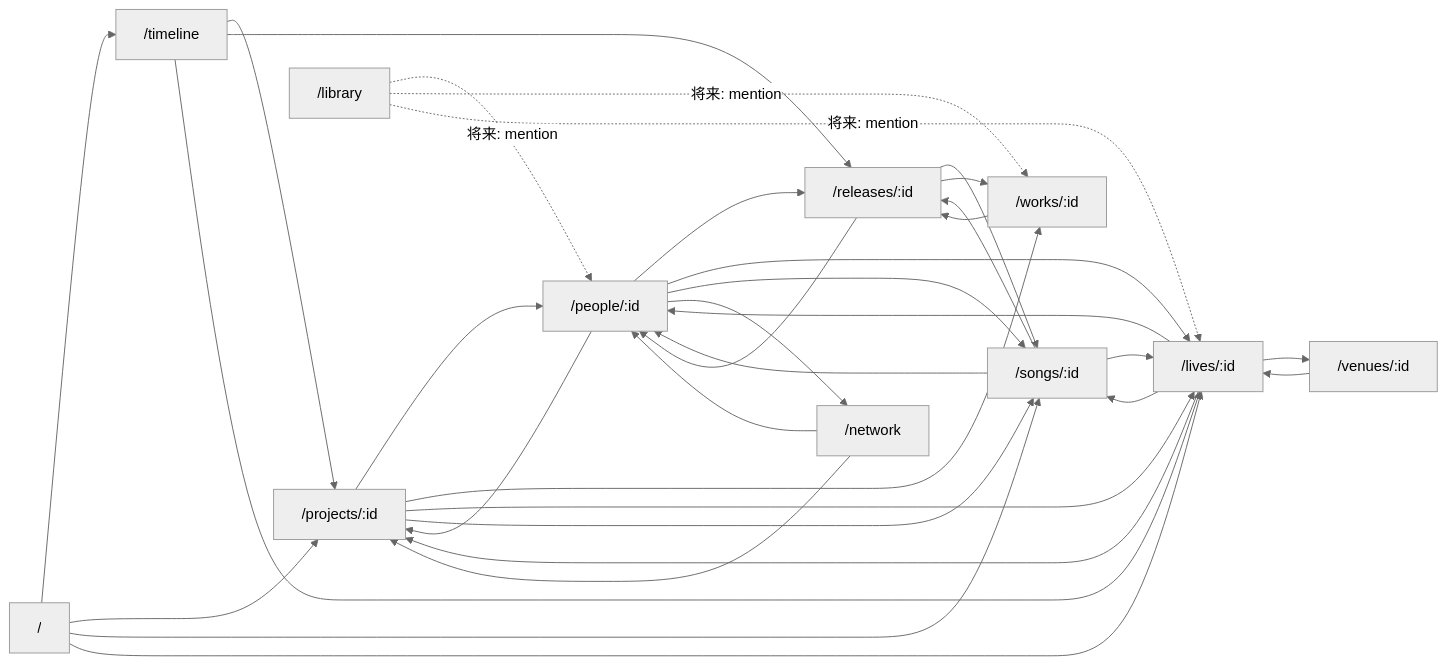
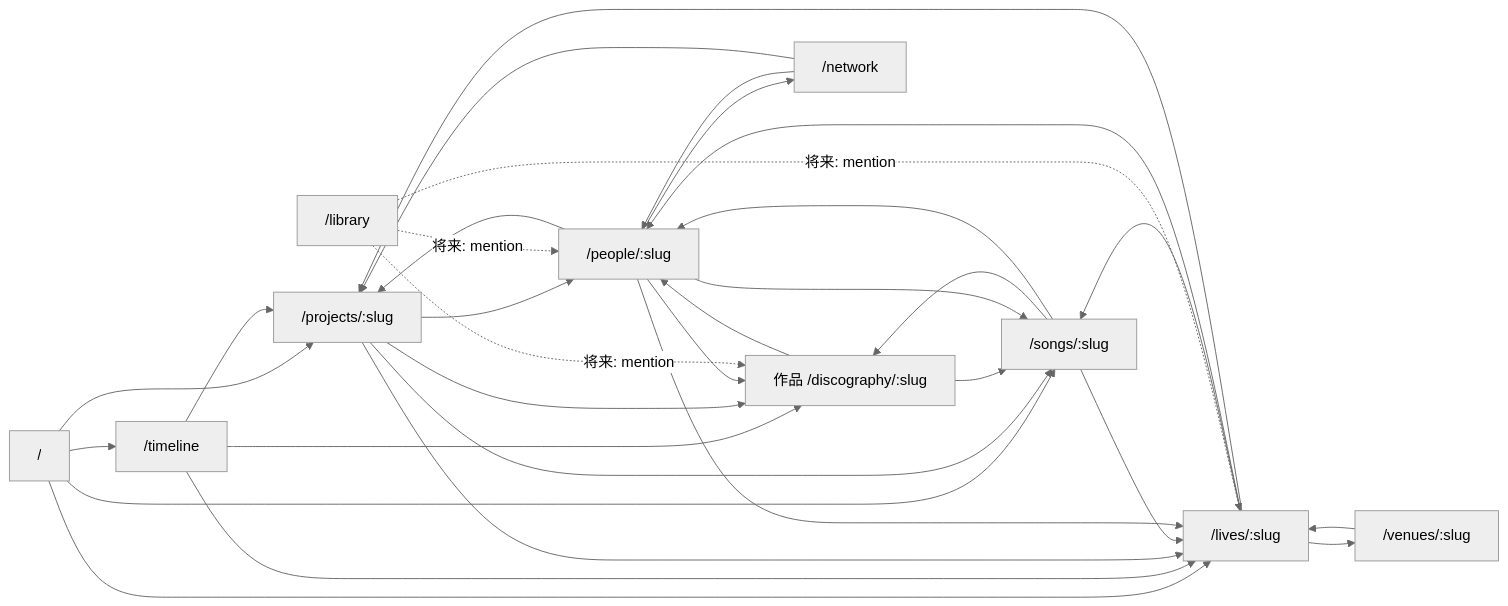
Before and after one commit to records-and-remembrance/site: the diagram in guides/public-site-design.md, drawn with Mermaid (neutral theme). The commit also changed other lines of this file, not shown here.

````diff
--- a/guides/public-site-design.md
+++ b/guides/public-site-design.md
@@ -77,17 +114,16 @@
 ```mermaid
 graph LR
   Home["/"] --> Timeline["/timeline"]
-  Home --> Project["/projects/:id"]
-  Home --> Song["/songs/:id"]
-  Home --> Live["/lives/:id"]
-  Timeline --> Project & Release["/releases/:id"] & Live
-  Project --> Person["/people/:id"] & Work["/works/:id"] & Live & Song
-  Work --> Release
-  Release --> Song & Person & Work
-  Song --> Release & Live & Person
-  Live --> Song & Venue["/venues/:id"] & Person & Project
+  Home --> Project["/projects/:slug"]
+  Home --> Song["/songs/:slug"]
+  Home --> Live["/lives/:slug"]
+  Timeline --> Project & Discography["作品 /discography/:slug"] & Live
+  Project --> Person["/people/:slug"] & Discography & Live & Song
+  Discography --> Song & Person
+  Song --> Discography & Live & Person
+  Live --> Song & Venue["/venues/:slug"] & Person & Project
   Venue --> Live
-  Person --> Project & Release & Live & Song & Network["/network"]
+  Person --> Project & Discography & Live & Song & Network["/network"]
   Network --> Person & Project
-  Library["/library"] -.将来: mention.-> Person & Work & Live
+  Library["/library"] -.将来: mention.-> Person & Discography & Live
 ```
````
